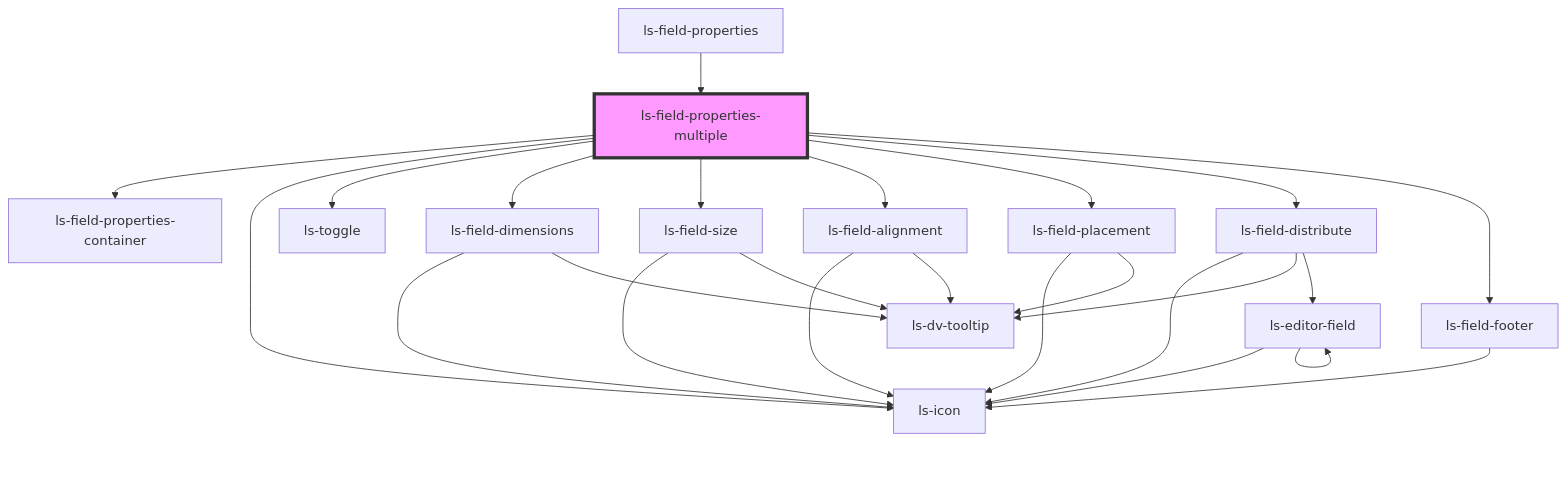
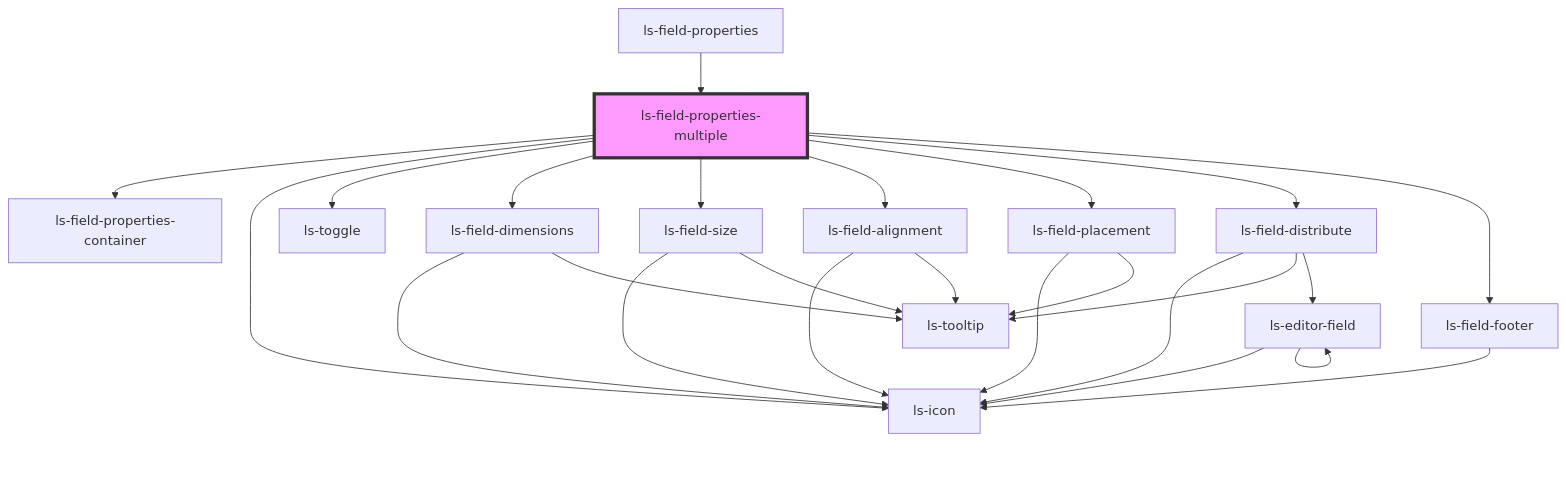
One commit to legalesign/ls-document-viewer changed the diagram in src/components/ls-field-properties-multiple/readme.md. Above: the diagram before and after it, drawn with Mermaid. The commit also changed 52 other files, not shown here.

````diff
--- a/src/components/ls-field-properties-multiple/readme.md
+++ b/src/components/ls-field-properties-multiple/readme.md
@@ -42,28 +42,28 @@
 ```mermaid
 graph TD;
   ls-field-properties-multiple --> ls-field-properties-container
   ls-field-properties-multiple --> ls-icon
   ls-field-properties-multiple --> ls-toggle
   ls-field-properties-multiple --> ls-field-dimensions
   ls-field-properties-multiple --> ls-field-size
   ls-field-properties-multiple --> ls-field-alignment
   ls-field-properties-multiple --> ls-field-placement
   ls-field-properties-multiple --> ls-field-distribute
   ls-field-properties-multiple --> ls-field-footer
   ls-field-dimensions --> ls-icon
-  ls-field-dimensions --> ls-dv-tooltip
+  ls-field-dimensions --> ls-tooltip
   ls-field-size --> ls-icon
-  ls-field-size --> ls-dv-tooltip
+  ls-field-size --> ls-tooltip
   ls-field-alignment --> ls-icon
-  ls-field-alignment --> ls-dv-tooltip
+  ls-field-alignment --> ls-tooltip
   ls-field-placement --> ls-icon
-  ls-field-placement --> ls-dv-tooltip
+  ls-field-placement --> ls-tooltip
   ls-field-distribute --> ls-icon
-  ls-field-distribute --> ls-dv-tooltip
+  ls-field-distribute --> ls-tooltip
   ls-field-distribute --> ls-editor-field
   ls-editor-field --> ls-icon
   ls-editor-field --> ls-editor-field
   ls-field-footer --> ls-icon
   ls-field-properties --> ls-field-properties-multiple
   style ls-field-properties-multiple fill:#f9f,stroke:#333,stroke-width:4px
 ```
````
